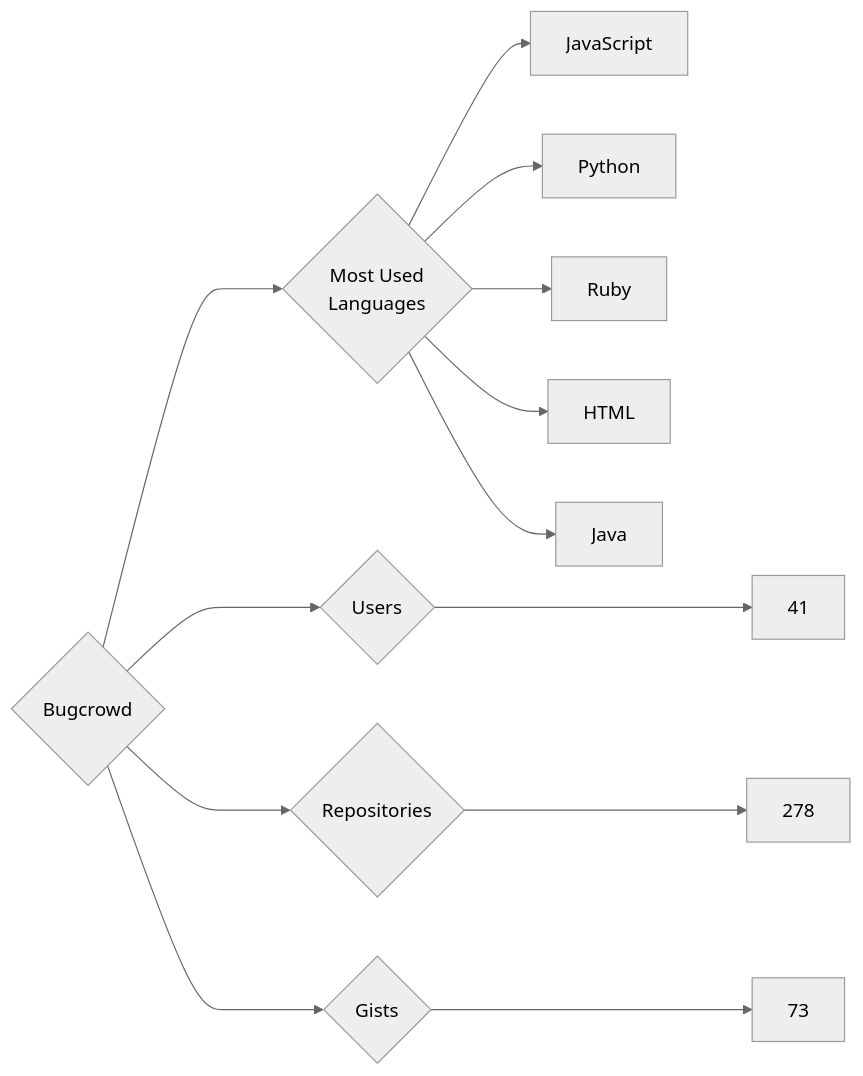
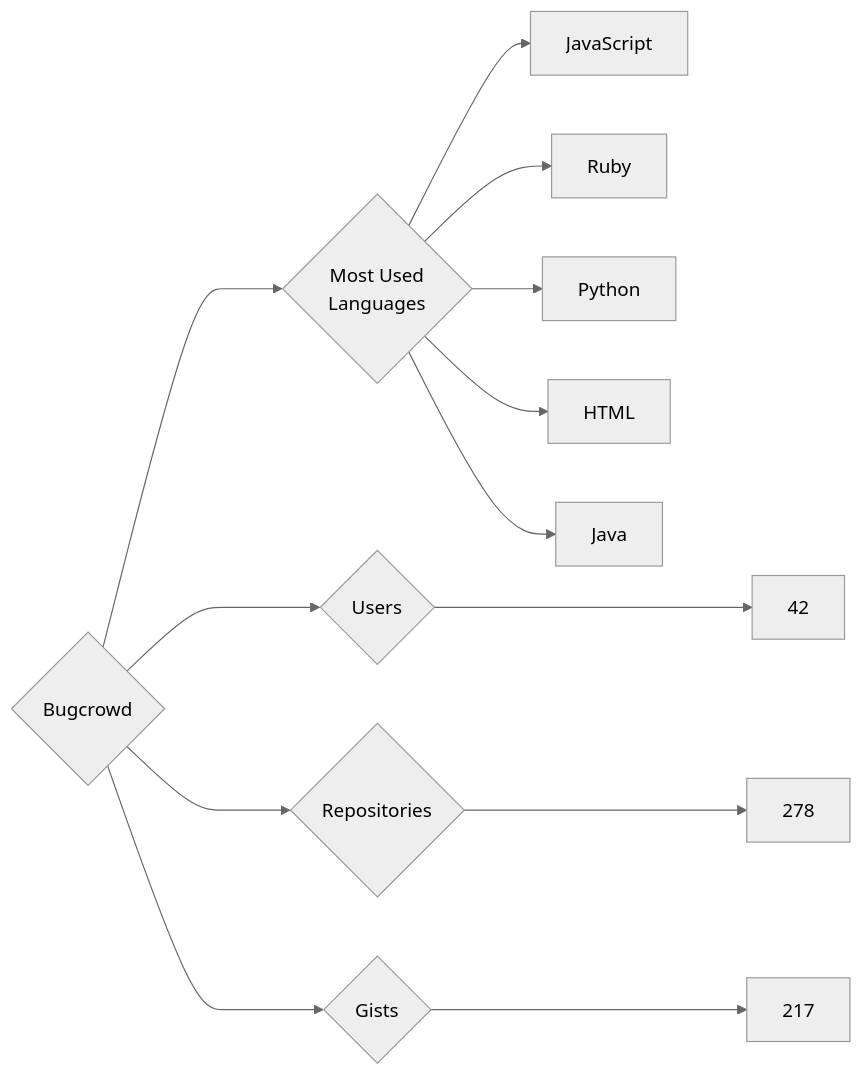
One commit to trickest/insiders changed the diagram in targets/Bugcrowd/README.md. Above: the diagram before and after it, drawn with Mermaid (neutral theme). The commit also changed 927 other files, not shown here.

````diff
--- a/targets/Bugcrowd/README.md
+++ b/targets/Bugcrowd/README.md
@@ -3,13 +3,13 @@
 ```mermaid
 graph LR
 COMPANY_NAME{Bugcrowd}
-COMPANY_NAME ---> U{Users} ---> UN[41]
+COMPANY_NAME ---> U{Users} ---> UN[42]
 COMPANY_NAME ---> R{Repositories} ---> RN[278]
-COMPANY_NAME ---> G{Gists} ---> GN[73]
+COMPANY_NAME ---> G{Gists} ---> GN[217]
 COMPANY_NAME ---> ML{Most Used<br>Languages}
 ML --> JavaScript[JavaScript]
+ML --> Ruby[Ruby]
 ML --> Python[Python]
-ML --> Ruby[Ruby]
 ML --> HTML[HTML]
 ML --> Java[Java]
 ```
````
